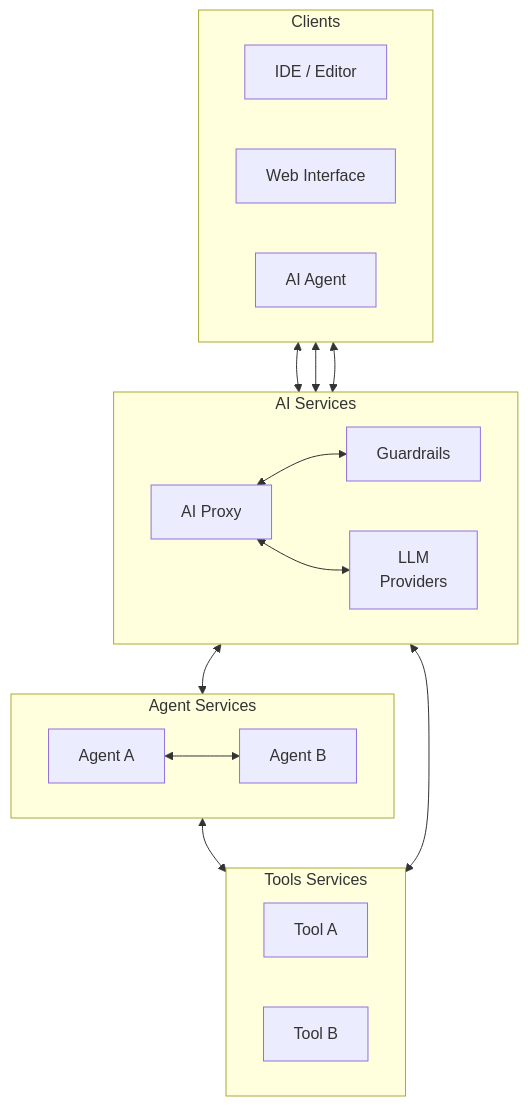
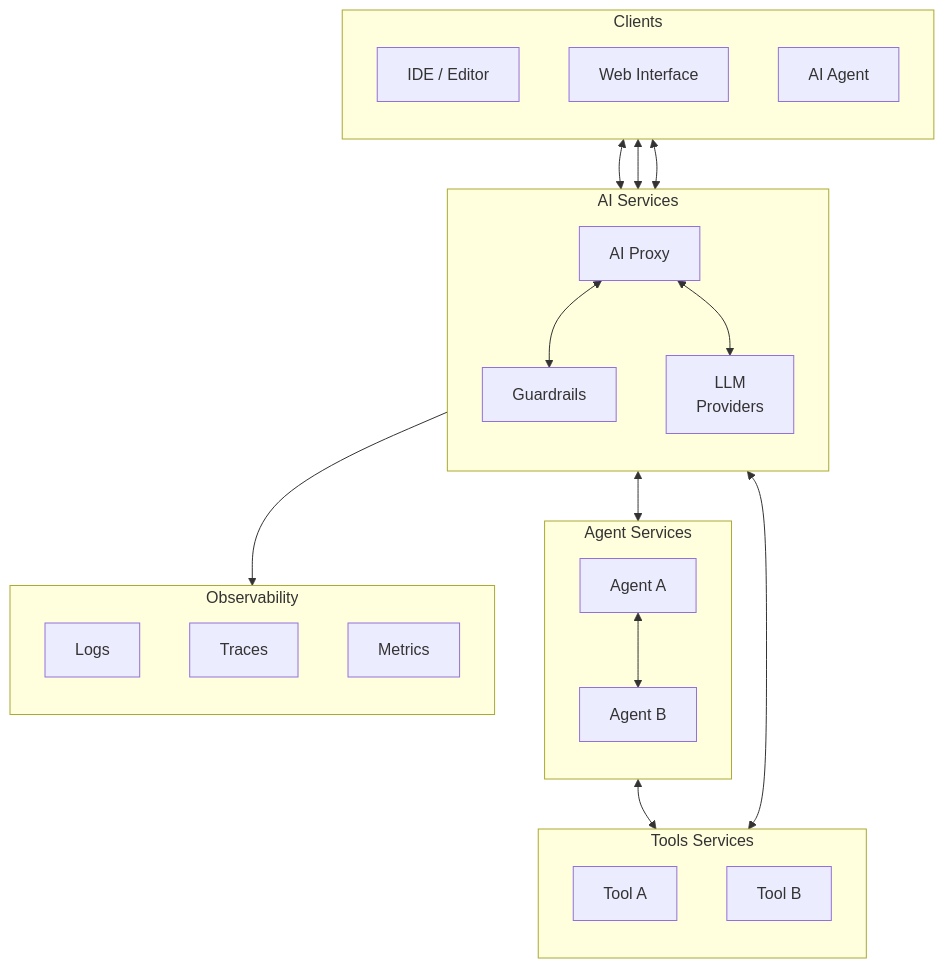
One commit to Apocrathia/homelab changed the diagram in flux/manifests/04-apps/artificial-intelligence/README.md. Above: the diagram before and after it, drawn with Mermaid. The commit also changed other lines of this file, not shown here.

Commit message:
feat(ai-manifest): Enhance AI architecture documentation with observability features
- Updated flowchart in README to reflect new observability subgraph, including logs, traces, and metrics.
- Added design principle for distributed tracing using OpenTelemetry.
- Revised applications section to highlight LLM observability capabilities, replacing ML lifecycle management reference.

````diff
--- a/flux/manifests/04-apps/artificial-intelligence/README.md
+++ b/flux/manifests/04-apps/artificial-intelligence/README.md
@@ -19,40 +19,49 @@
 ```mermaid
 flowchart TB
     subgraph Clients["Clients"]
-        direction LR
+        direction TB
         IDE["IDE / Editor"]
         WebUI["Web Interface"]
         Agent["AI Agent"]
     end
 
     subgraph AIServices["AI Services"]
-        direction LR
+        direction TB
         Proxy["AI Proxy"]
         Guard["Guardrails"]
         Backends["LLM<br/>Providers"]
     end
 
     subgraph AgentServices["Agent Services"]
-        direction LR
+        direction TB
         Agent1["Agent A"]
         Agent2["Agent B"]
     end
 
     subgraph ToolsServices["Tools Services"]
-        direction LR
+        direction TB
         Tool1["Tool A"]
         Tool2["Tool B"]
+    end
+
+    subgraph Observability["Observability"]
+        direction TB
+        Logs["Logs"]
+        Traces["Traces"]
+        Metrics["Metrics"]
     end
 
     IDE <--> Proxy
     WebUI <--> Proxy
     Agent <--> Proxy
 
     Proxy <--> Guard
     Proxy <--> Backends
 
     Proxy <--> AgentServices & ToolsServices
 
     Agent1 <--> Agent2
     Agent2 <--> Tool2
+
+    Proxy --> Observability
 ```
````
